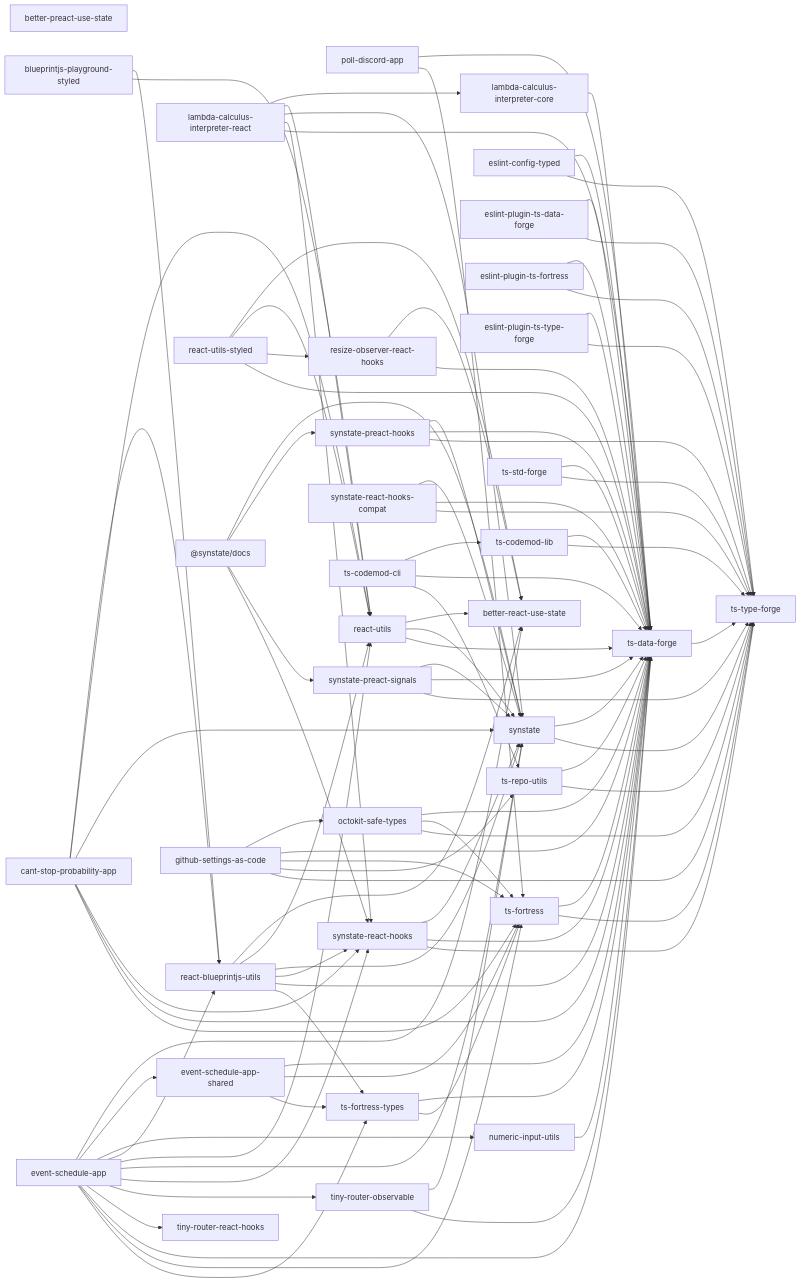
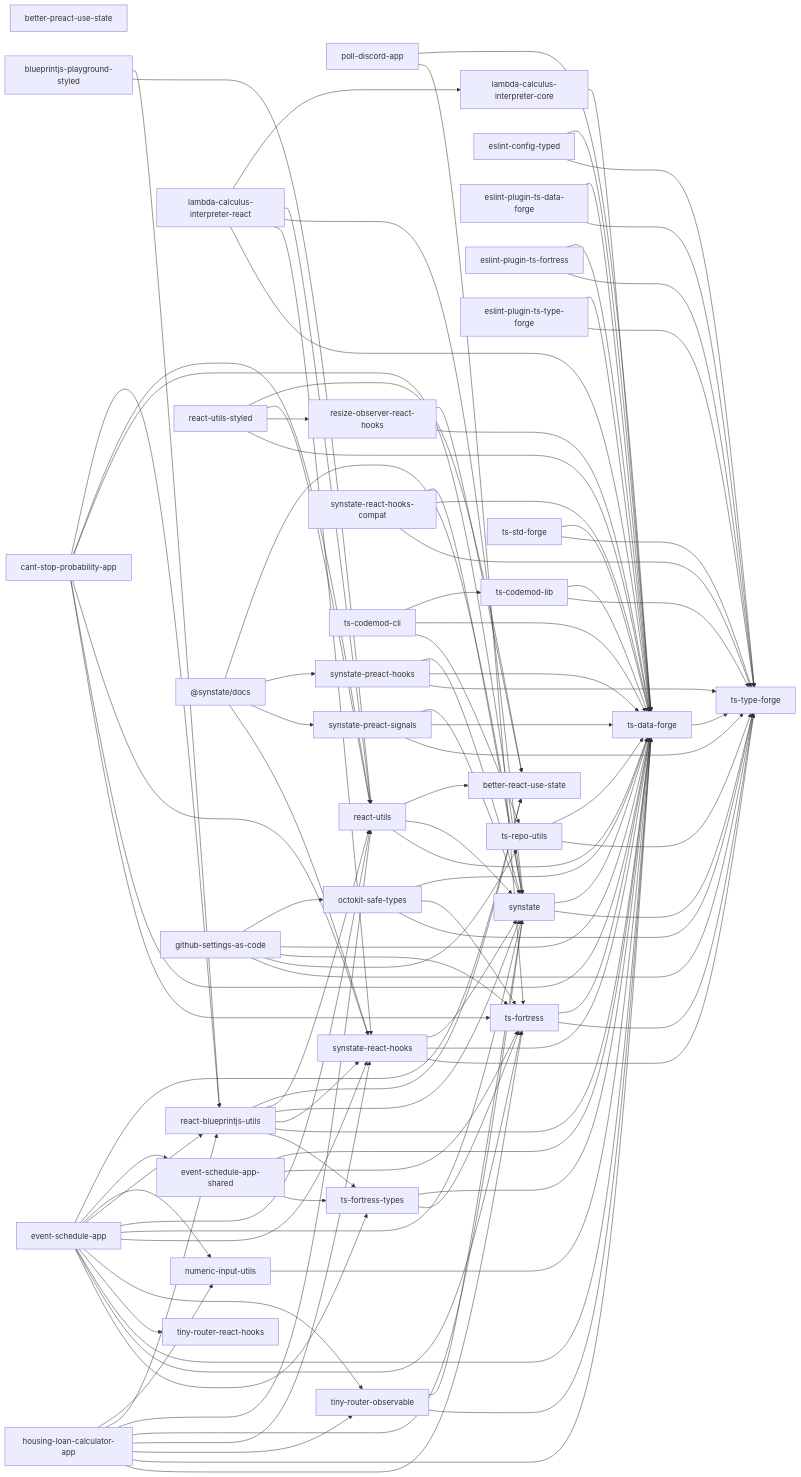
The diagram in docs/package-dependencies.md (noshiro-pf/mono), drawn with Mermaid before and after one commit. The commit also changed other lines of this file and 53 other files, not shown here.

First line of the commit message:
feat: experimental/ から housing-loan-calculator-app を復元する (#1756)

```diff
--- a/docs/package-dependencies.md
+++ b/docs/package-dependencies.md
@@ -17,6 +17,7 @@
   cant_stop_probability_app["cant-stop-probability-app"]
   event_schedule_app["event-schedule-app"]
   event_schedule_app_shared["event-schedule-app-shared"]
+  housing_loan_calculator_app["housing-loan-calculator-app"]
   lambda_calculus_interpreter_core["lambda-calculus-interpreter-core"]
   lambda_calculus_interpreter_react["lambda-calculus-interpreter-react"]
   numeric_input_utils["numeric-input-utils"]
@@ -71,6 +72,14 @@
   event_schedule_app_shared --> ts_data_forge
   event_schedule_app_shared --> ts_fortress
   event_schedule_app_shared --> ts_fortress_types
+  housing_loan_calculator_app --> numeric_input_utils
+  housing_loan_calculator_app --> react_blueprintjs_utils
+  housing_loan_calculator_app --> react_utils
+  housing_loan_calculator_app --> synstate
+  housing_loan_calculator_app --> synstate_react_hooks
+  housing_loan_calculator_app --> tiny_router_observable
+  housing_loan_calculator_app --> ts_data_forge
+  housing_loan_calculator_app --> ts_fortress
   lambda_calculus_interpreter_core --> ts_data_forge
   lambda_calculus_interpreter_react --> lambda_calculus_interpreter_core
   lambda_calculus_interpreter_react --> react_utils
```
